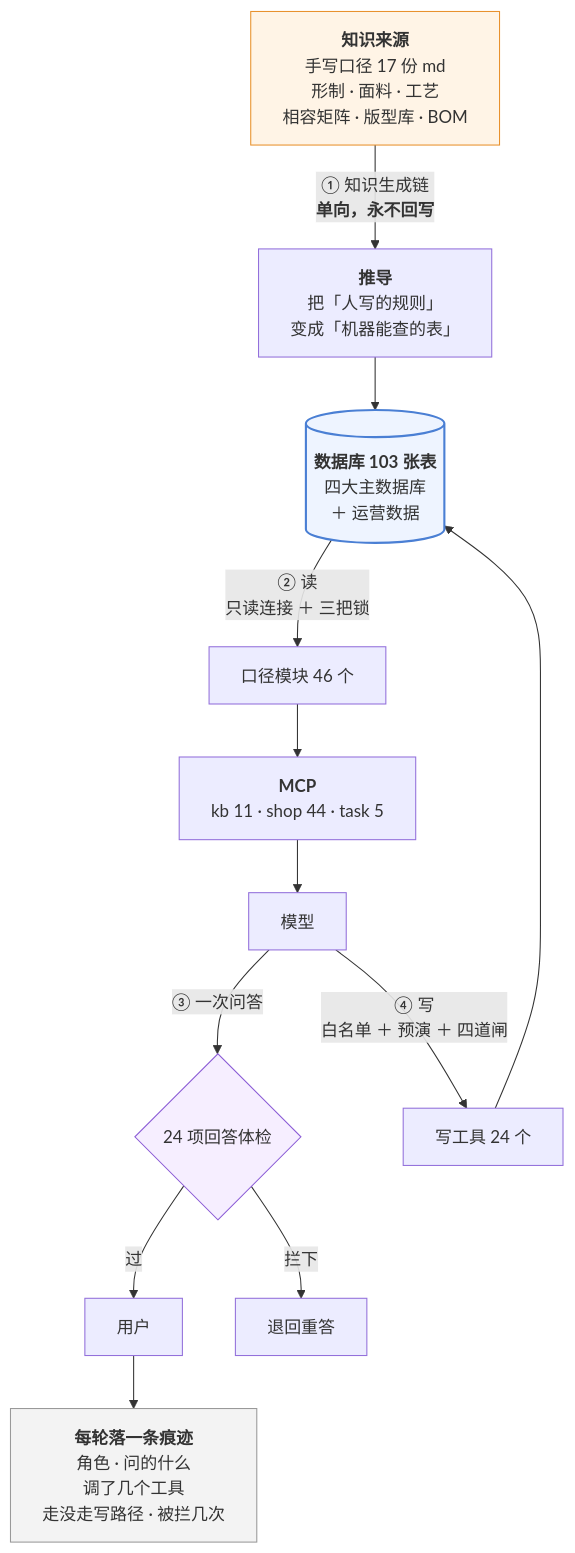
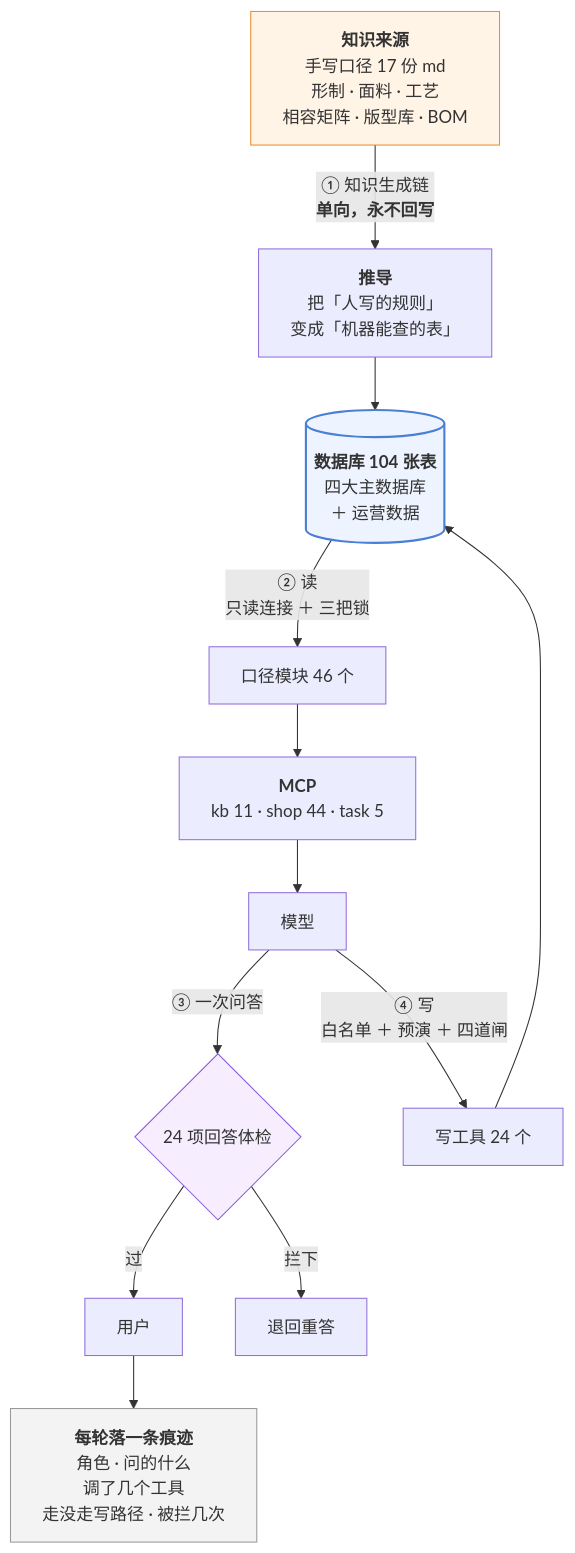
Before and after one commit to 843773296-rgb/lanxiu-yunshang-agent: the third of 3 diagrams in 澜绣云裳agent-产品说明.md, drawn with Mermaid. The commit also changed other lines of this file and 7 other files, not shown here.

````diff
--- a/澜绣云裳agent-产品说明.md
+++ b/澜绣云裳agent-产品说明.md
@@ -940,24 +940,24 @@
 ```mermaid
 flowchart TD
     MD["<b>知识来源</b><br/>手写口径 17 份 md<br/>形制 · 面料 · 工艺<br/>相容矩阵 · 版型库 · BOM"]
     MD -->|"① 知识生成链<br/><b>单向，永不回写</b>"| DV["<b>推导</b><br/>把「人写的规则」<br/>变成「机器能查的表」"]
-    DV --> DB[("<b>数据库 103 张表</b><br/>四大主数据库<br/>＋ 运营数据")]
+    DV --> DB[("<b>数据库 104 张表</b><br/>四大主数据库<br/>＋ 运营数据")]
 
     DB -->|"② 读<br/>只读连接 ＋ 三把锁"| KJ["口径模块 46 个"]
     KJ --> MCP["<b>MCP</b><br/>kb 11 · shop 44 · task 5"]
     MCP --> LLM["模型"]
 
     LLM -->|"③ 一次问答"| GD{"24 项回答体检"}
     GD -- 过 --> U["用户"]
     GD -- 拦下 --> RE["退回重答"]
 
     LLM -->|"④ 写<br/>白名单 ＋ 预演 ＋ 四道闸"| W["写工具 24 个"]
     W --> DB
 
     U --> TR["<b>每轮落一条痕迹</b><br/>角色 · 问的什么<br/>调了几个工具<br/>走没走写路径 · 被拦几次"]
 
     style MD fill:#fff4e6,stroke:#e8912d
     style DB fill:#eef4ff,stroke:#4a7fd4,stroke-width:2px
     style GD fill:#f6eeff,stroke:#8b5cd6
     style TR fill:#f3f3f3,stroke:#999
 ```
````
